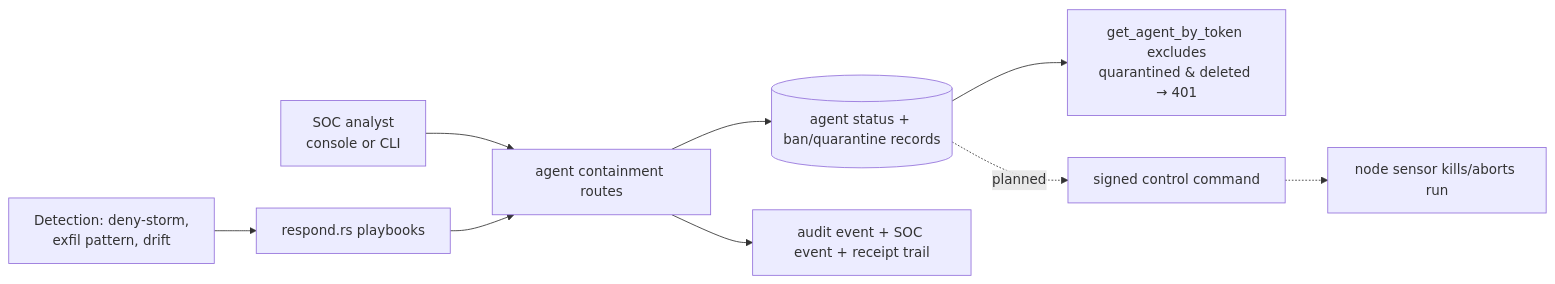
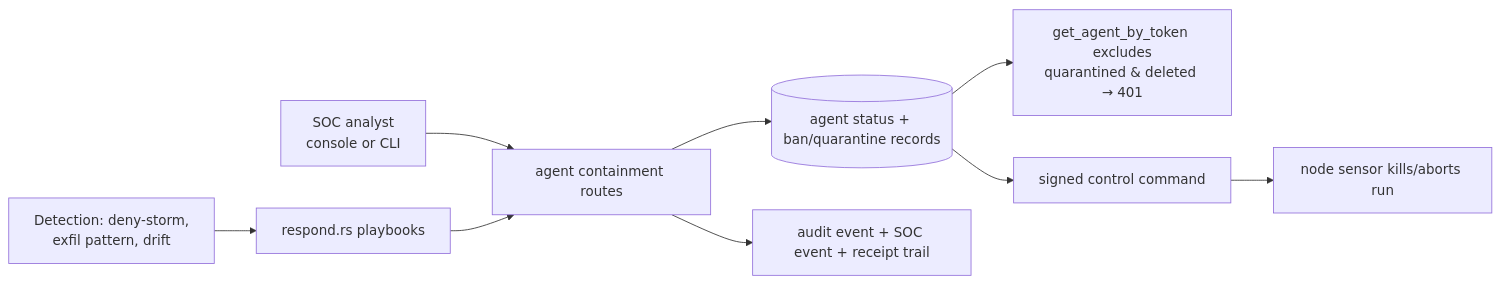
Before and after one commit to lavkushry/AegisAgent: the diagram in docs/flows/Ban_Quarantine_Flow.md, drawn with Mermaid. The commit also changed other lines of this file and 1 other file, not shown here.

````diff
--- a/docs/flows/Ban_Quarantine_Flow.md
+++ b/docs/flows/Ban_Quarantine_Flow.md
@@ -29,10 +29,10 @@
 ```mermaid
 flowchart LR
     DET[Detection: deny-storm,<br/>exfil pattern, drift] --> RESP[respond.rs playbooks]
     ANA[SOC analyst<br/>console or CLI] --> API[agent containment routes]
     RESP --> API
     API --> ST[(agent status + ban/quarantine records)]
     ST --> AUTH[get_agent_by_token excludes<br/>quarantined & deleted → 401]
-    ST -.planned.-> CMD[signed control command] -.-> SENSOR[node sensor kills/aborts run]
+    ST --> CMD[signed control command] --> SENSOR[node sensor kills/aborts run]
     API --> EV[audit event + SOC event + receipt trail]
 ```
````
